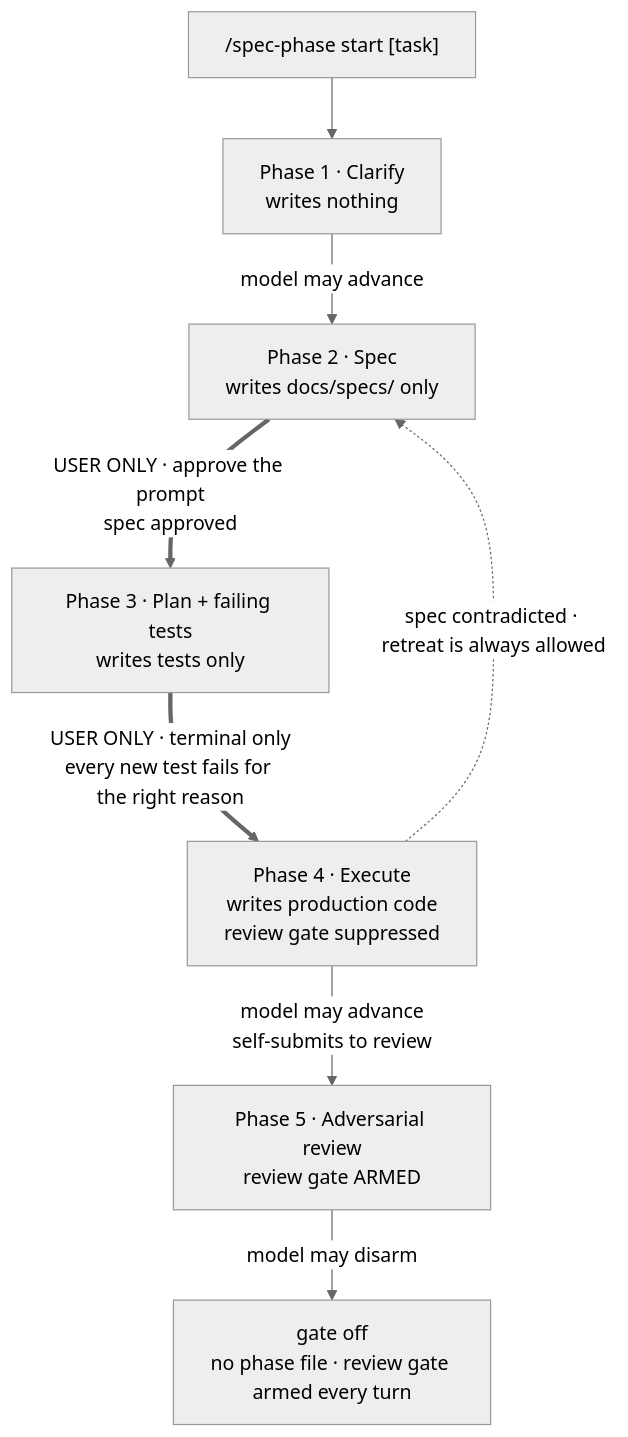
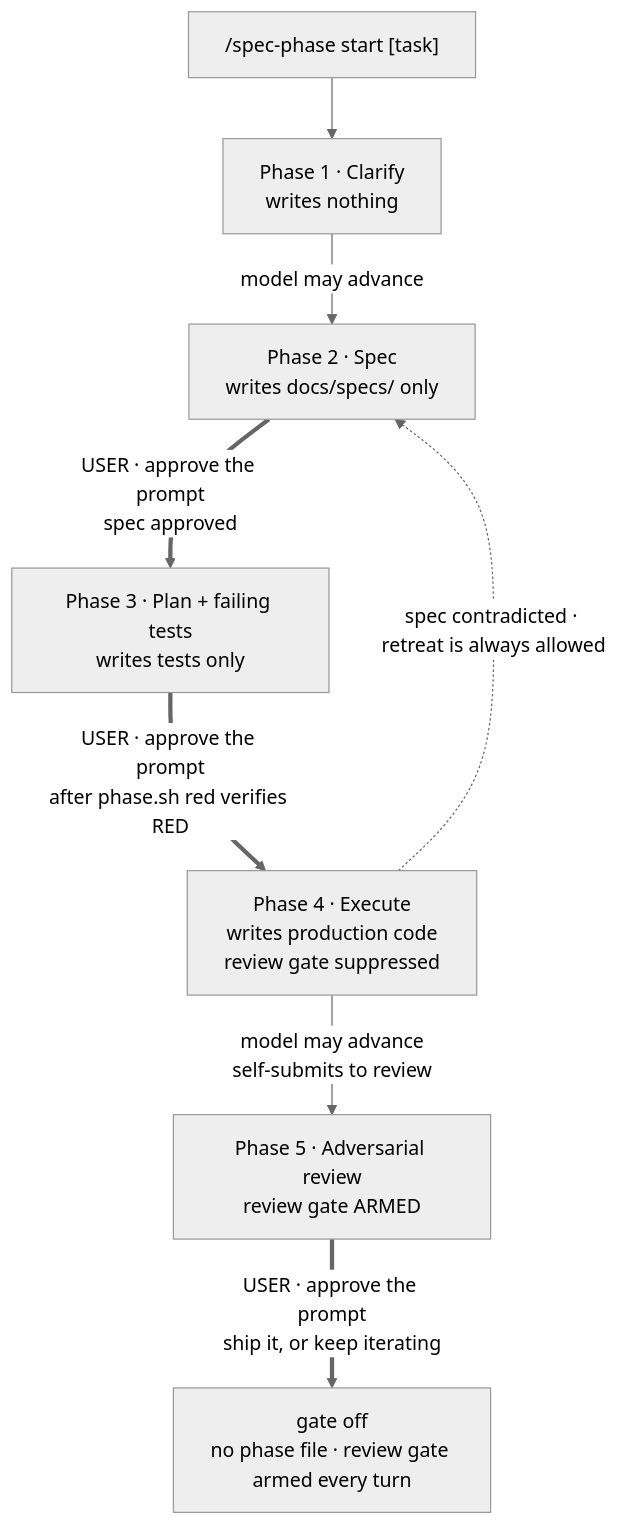
One commit to Vavly/skills changed the first of 2 diagrams in spec-gate/README.md. Above: the diagram before and after it, drawn with Mermaid (neutral theme). The commit also changed other lines of this file and 8 other files, not shown here.

````diff
--- a/spec-gate/README.md
+++ b/spec-gate/README.md
@@ -173,18 +175,18 @@
 ```mermaid
 flowchart TD
     S["/spec-phase start [task]"] --> P1
 
     P1["Phase 1 · Clarify<br/>writes nothing"]
     P2["Phase 2 · Spec<br/>writes docs/specs/ only"]
     P3["Phase 3 · Plan + failing tests<br/>writes tests only"]
     P4["Phase 4 · Execute<br/>writes production code<br/>review gate suppressed"]
     P5["Phase 5 · Adversarial review<br/>review gate ARMED"]
     OFF["gate off<br/>no phase file · review gate armed every turn"]
 
     P1 -->|"model may advance"| P2
-    P2 ==>|"USER ONLY · approve the prompt<br/>spec approved"| P3
-    P3 ==>|"USER ONLY · terminal only<br/>every new test fails for the right reason"| P4
+    P2 ==>|"USER · approve the prompt<br/>spec approved"| P3
+    P3 ==>|"USER · approve the prompt<br/>after phase.sh red verifies RED"| P4
     P4 -->|"model may advance<br/>self-submits to review"| P5
-    P5 -->|"model may disarm"| OFF
+    P5 ==>|"USER · approve the prompt<br/>ship it, or keep iterating"| OFF
     P4 -.->|"spec contradicted · retreat is always allowed"| P2
 ```
````
